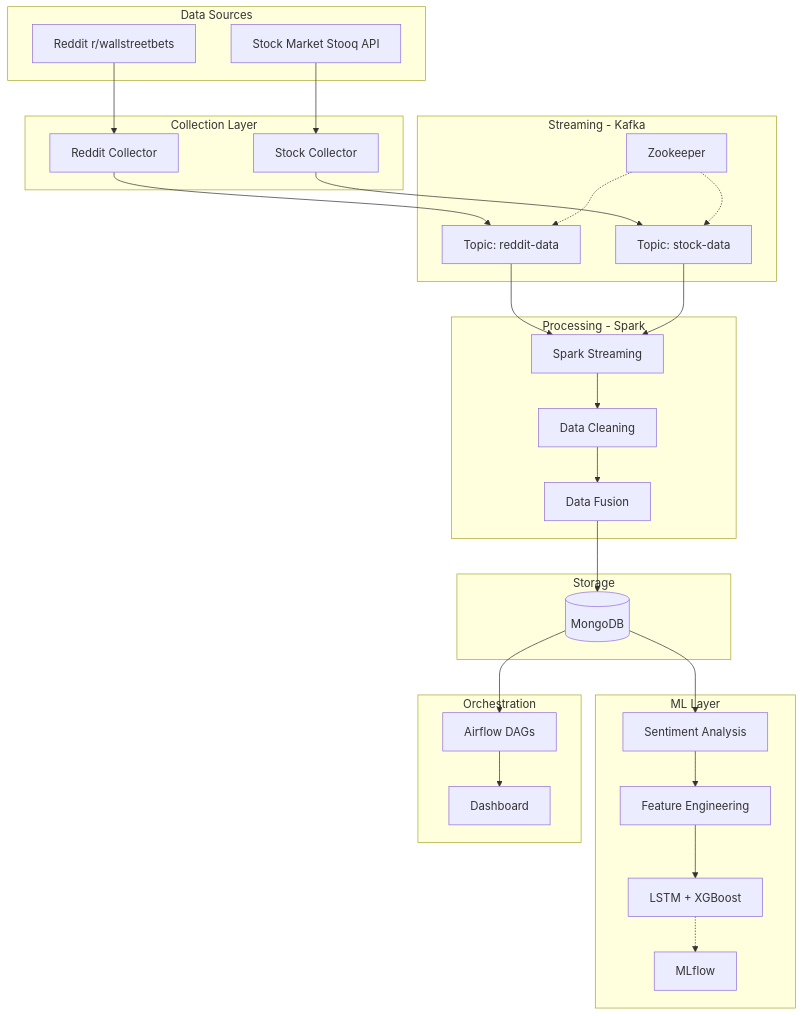
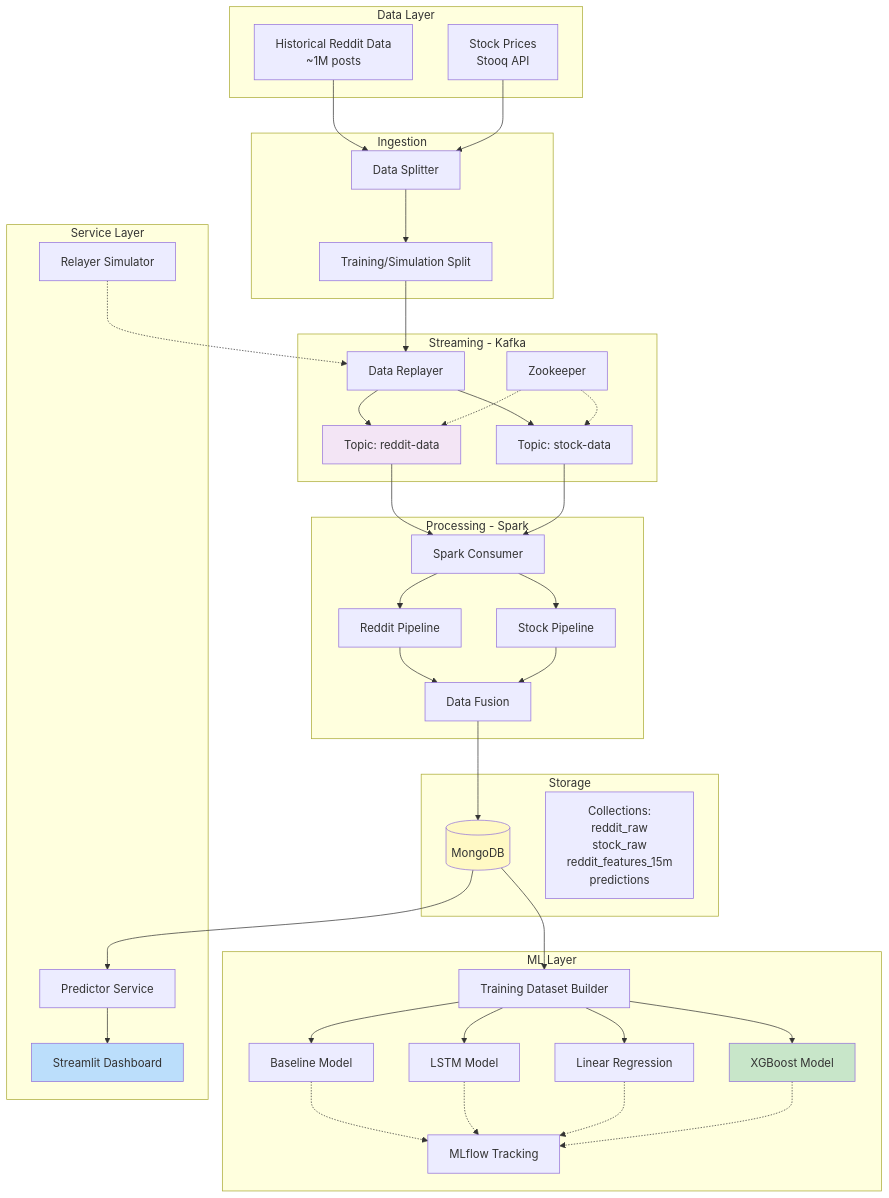
The first of 2 diagrams in README.md (Akstrov/Stockmarket-Bigdata-Project), drawn with Mermaid before and after one commit. The commit also changed other lines of this file, not shown here.

````diff
--- a/README.md
+++ b/README.md
@@ -28,48 +48,63 @@
 ```mermaid
 graph TB
-    subgraph "Data Sources"
-        A1[Reddit r/wallstreetbets]
-        A2[Stock Market Stooq API]
+    subgraph "Data Layer"
+        A1[Historical Reddit Data<br/>~1M posts]
+        A2[Stock Prices<br/>Stooq API]
     end
 
-    subgraph "Collection Layer"
-        B1[Reddit Collector]
-        B2[Stock Collector]
+    subgraph "Ingestion"
+        B1[Data Splitter]
+        B2[Training/Simulation Split]
     end
 
     subgraph "Streaming - Kafka"
         C1[Topic: reddit-data]
         C2[Topic: stock-data]
         C3[Zookeeper]
+        C4[Data Replayer]
     end
 
     subgraph "Processing - Spark"
-        D1[Spark Streaming]
-        D2[Data Cleaning]
-        D3[Data Fusion]
+        D1[Spark Consumer]
+        D2[Reddit Pipeline]
+        D3[Stock Pipeline]
+        D4[Data Fusion]
     end
 
     subgraph "Storage"
         E1[(MongoDB)]
+        E2[Collections:<br/>reddit_raw<br/>stock_raw<br/>reddit_features_15m<br/>predictions]
     end
 
     subgraph "ML Layer"
-        F1[Sentiment Analysis]
-        F2[Feature Engineering]
-        F3[LSTM + XGBoost]
-        F4[MLflow]
+        F1[Training Dataset Builder]
+        F2[Baseline Model]
+        F3[LSTM Model]
+        F4[Linear Regression]
+        F5[XGBoost Model]
+        F6[MLflow Tracking]
     end
 
-    subgraph "Orchestration"
-        G1[Airflow DAGs]
-        H1[Dashboard]
+    subgraph "Service Layer"
+        G1[Predictor Service]
+        G2[Relayer Simulator]
+        G3[Streamlit Dashboard]
     end
 
-    A1 --> B1 --> C1
-    A2 --> B2 --> C2
+    A1 & A2 --> B1 --> B2
+    B2 --> C4 --> C1 & C2
     C3 -.-> C1 & C2
-    C1 & C2 --> D1 --> D2 --> D3 --> E1
-    E1 --> F1 --> F2 --> F3
-    F3 -.-> F4
-    E1 --> G1 --> H1
+    C1 --> D1 --> D2
+    C2 --> D1 --> D3
+    D2 & D3 --> D4 --> E1
+    E1 --> F1
+    F1 --> F2 & F3 & F4 & F5
+    F2 & F3 & F4 & F5 -.-> F6
+    E1 --> G1 --> G3
+    G2 -.-> C4
+    
+    style C1 fill:#f3e5f5
+    style E1 fill:#fff9c4
+    style F5 fill:#c8e6c9
+    style G3 fill:#bbdefb
 ```
````
